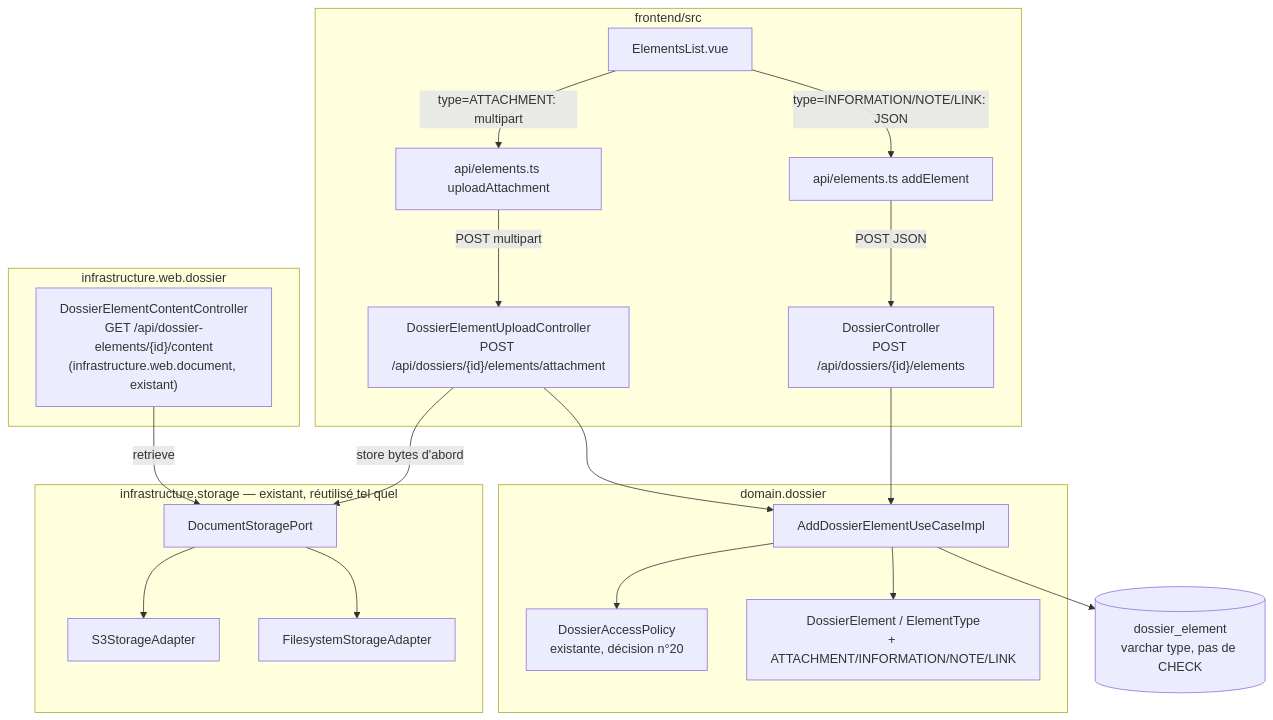
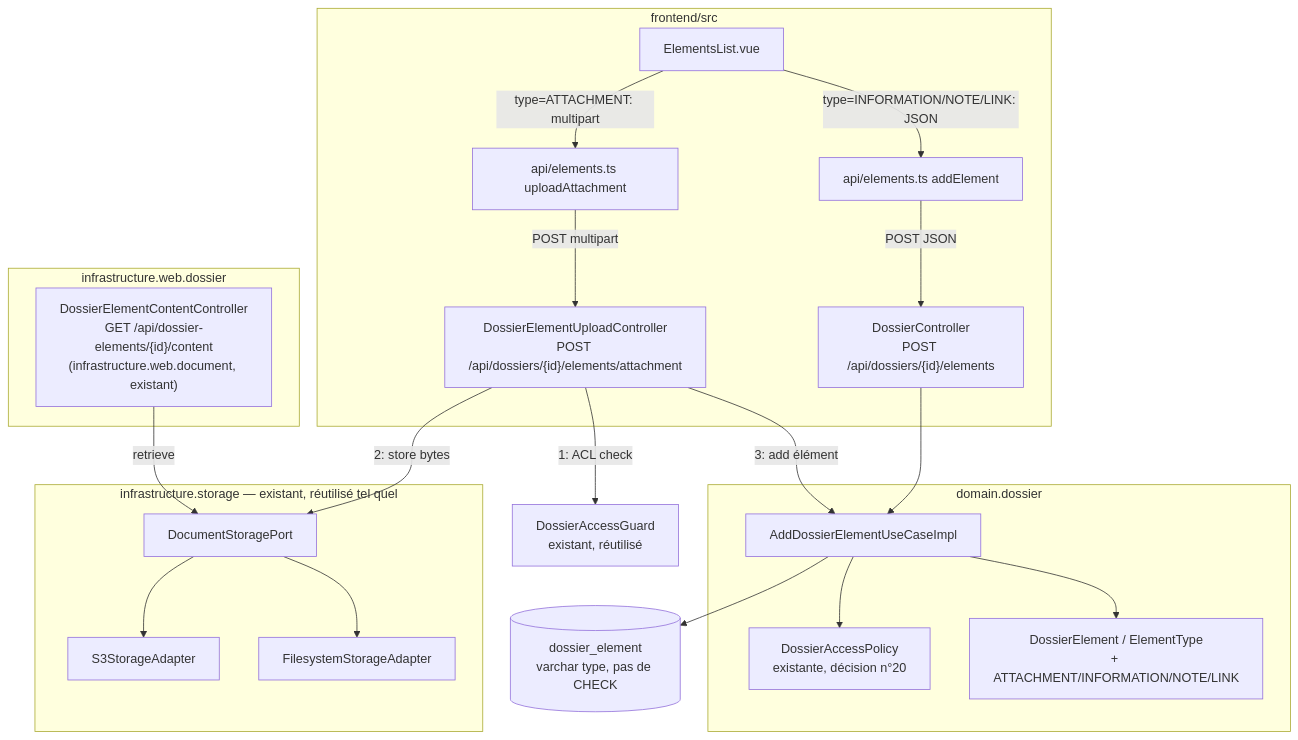
The diagram in docs/ai/design/2026-08-16-feature-elements-dossier.md (superjojo79/Myrmacta), drawn with Mermaid before and after one commit. The commit also changed other lines of this file and 2 other files, not shown here.

First line of the commit message:
docs: resolve elements-dossier Phase 2 requirements review

````diff
--- a/docs/ai/design/2026-08-16-feature-elements-dossier.md
+++ b/docs/ai/design/2026-08-16-feature-elements-dossier.md
@@ -17,37 +17,38 @@
 ```mermaid
 graph TD
     subgraph Frontend [frontend/src]
         ElementsList[ElementsList.vue] -->|type=ATTACHMENT: multipart| AddAttachment
         ElementsList -->|type=INFORMATION/NOTE/LINK: JSON| AddElement
         AddAttachment[api/elements.ts uploadAttachment] -->|POST multipart| CtrlAttach
         AddElement[api/elements.ts addElement] -->|POST JSON| CtrlAdd
     end
 
     subgraph WebLayer [infrastructure.web.dossier]
         CtrlAdd["DossierController<br/>POST /api/dossiers/{id}/elements"]
         CtrlAttach["DossierElementUploadController<br/>POST /api/dossiers/{id}/elements/attachment"]
         CtrlContent["DossierElementContentController<br/>GET /api/dossier-elements/{id}/content<br/>(infrastructure.web.document, existant)"]
     end
 
     subgraph Domain [domain.dossier]
         UC[AddDossierElementUseCaseImpl]
         Policy[DossierAccessPolicy<br/>existante, décision n°20]
         Model[DossierElement / ElementType<br/>+ ATTACHMENT/INFORMATION/NOTE/LINK]
     end
 
     subgraph Storage [infrastructure.storage — existant, réutilisé tel quel]
         Port[DocumentStoragePort]
         S3[S3StorageAdapter]
         FS[FilesystemStorageAdapter]
     end
 
     CtrlAdd --> UC
-    CtrlAttach -->|store bytes d'abord| Port
-    CtrlAttach --> UC
+    CtrlAttach -->|1: ACL check| Guard[DossierAccessGuard<br/>existant, réutilisé]
+    CtrlAttach -->|2: store bytes| Port
+    CtrlAttach -->|3: add élément| UC
     UC --> Policy
     UC --> Model
     Port --> S3
     Port --> FS
     CtrlContent -->|retrieve| Port
     UC --> DB[(dossier_element<br/>varchar type, pas de CHECK)]
 ```
````
